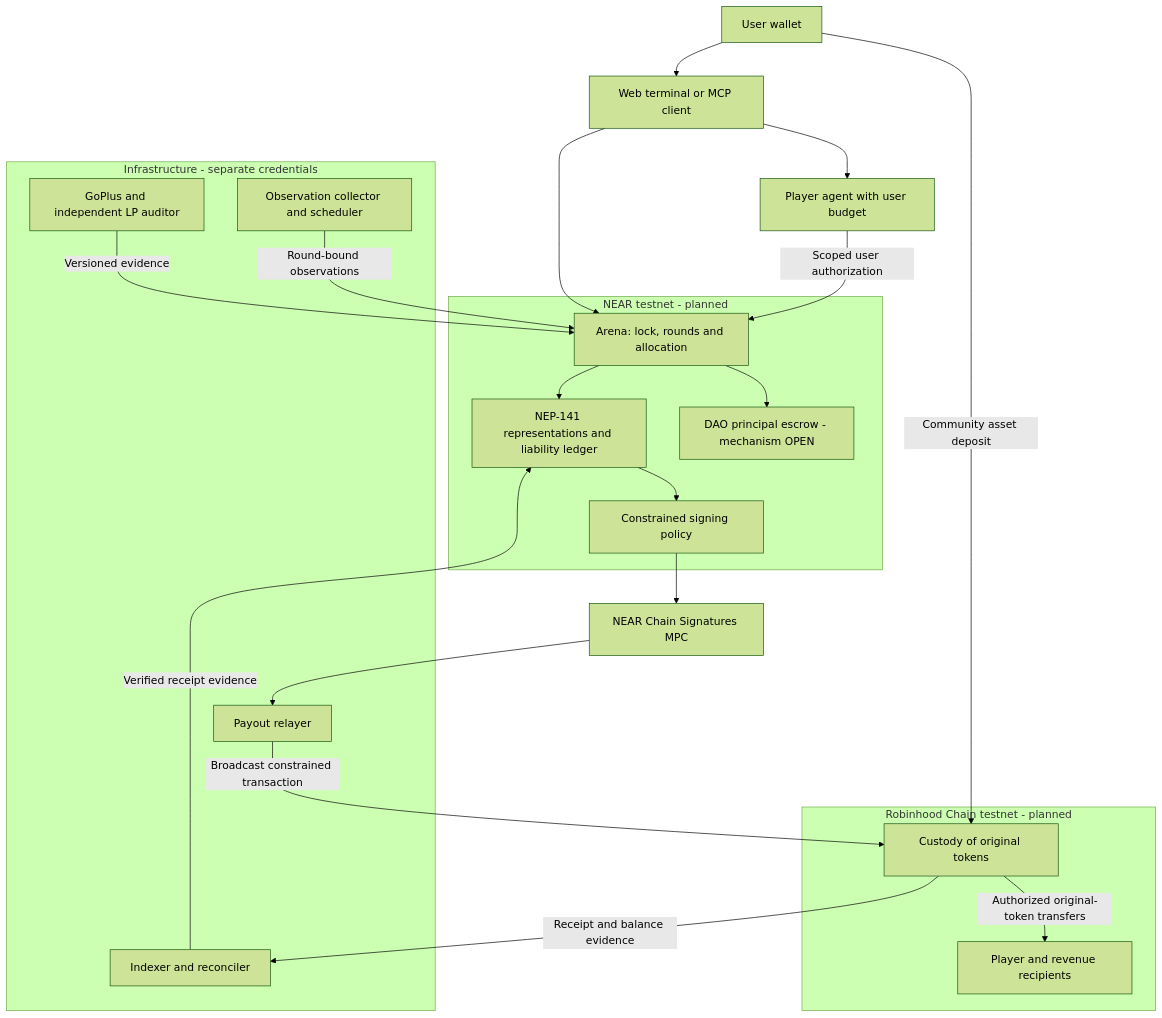
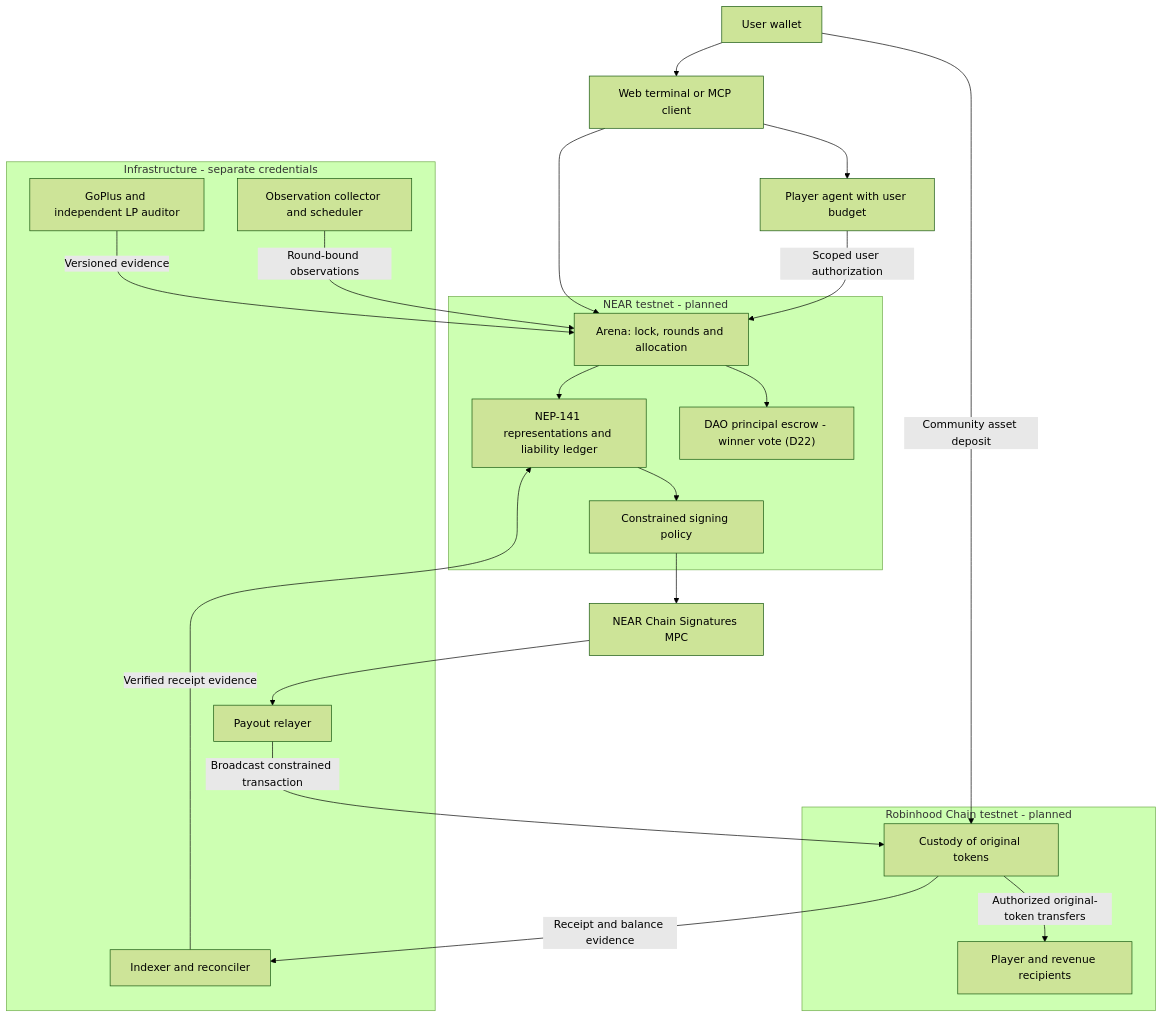
One commit to mferdinandr/valtrums changed the first of 3 diagrams in docs/architecture.md. Above: the diagram before and after it, drawn with Mermaid (forest theme). The commit also changed other lines of this file and 4 other files, not shown here.

Commit message:
docs: replace remaining OPEN DAO references with the decided design

````diff
--- a/docs/architecture.md
+++ b/docs/architecture.md
@@ -9,35 +9,35 @@
 ```mermaid
 flowchart TB
     U["User wallet"] --> UI["Web terminal or MCP client"]
     UI --> PA["Player agent with user budget"]
     UI --> A
     PA -->|"Scoped user authorization"| A
     subgraph NEAR["NEAR testnet - planned"]
         A["Arena: lock, rounds and allocation"]
         R["NEP-141 representations and liability ledger"]
-        D["DAO principal escrow - mechanism OPEN"]
+        D["DAO principal escrow - winner vote (D22)"]
         S["Constrained signing policy"]
         A --> R
         A --> D
         R --> S
     end
     subgraph WORKERS["Infrastructure - separate credentials"]
         AU["GoPlus and independent LP auditor"]
         O["Observation collector and scheduler"]
         I["Indexer and reconciler"]
         REL["Payout relayer"]
     end
     AU -->|"Versioned evidence"| A
     O -->|"Round-bound observations"| A
     I -->|"Verified receipt evidence"| R
     S --> MPC["NEAR Chain Signatures MPC"]
     MPC --> REL
     subgraph RH["Robinhood Chain testnet - planned"]
         C["Custody of original tokens"]
         P["Player and revenue recipients"]
         C -->|"Authorized original-token transfers"| P
     end
     U -->|"Community asset deposit"| C
     REL -->|"Broadcast constrained transaction"| C
     C -->|"Receipt and balance evidence"| I
 ```
````
